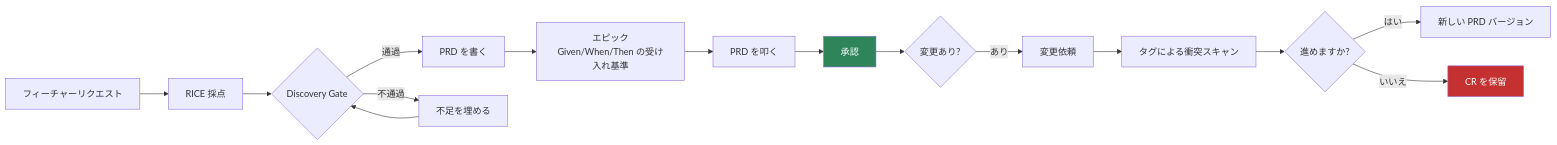
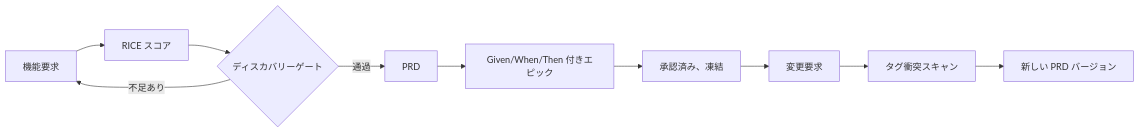
Before and after one commit to Nhat-Nguyet/product-skill-jev: the diagram in _readmes/README.ja.md, drawn with Mermaid. The commit also changed other lines of this file and 6 other files, not shown here.

````diff
--- a/_readmes/README.ja.md
+++ b/_readmes/README.ja.md
@@ -151,20 +93,12 @@
 ```mermaid
 graph LR
-    FR[フィーチャーリクエスト] --> RICE[RICE 採点]
-    RICE --> Gate{Discovery Gate}
-    Gate -->|通過| PRD[PRD を書く]
-    Gate -->|不通過| Fix[不足を埋める]
-    Fix --> Gate
-    PRD --> Epics[エピック\nGiven/When/Then の受け入れ基準]
-    Epics --> Grill[PRD を叩く]
-    Grill --> Approve[承認]
-    Approve --> Change{変更あり?}
-    Change -->|あり| CR[変更依頼]
-    CR --> Scan[タグによる衝突スキャン]
-    Scan --> Confirm{進めますか?}
-    Confirm -->|はい| Apply[新しい PRD バージョン]
-    Confirm -->|いいえ| Hold[CR を保留]
-
-    style Approve fill:#2f855a,color:#fff
-    style Hold fill:#c53030,color:#fff
+    FR[機能要求] --> RICE[RICE スコア]
+    RICE --> Gate{ディスカバリーゲート}
+    Gate -->|通過| PRD[PRD]
+    Gate -->|不足あり| FR
+    PRD --> Epics[Given/When/Then 付きエピック]
+    Epics --> Approve[承認済み、凍結]
+    Approve --> CR[変更要求]
+    CR --> Scan[タグ衝突スキャン]
+    Scan --> V2[新しい PRD バージョン]
 ```
````
